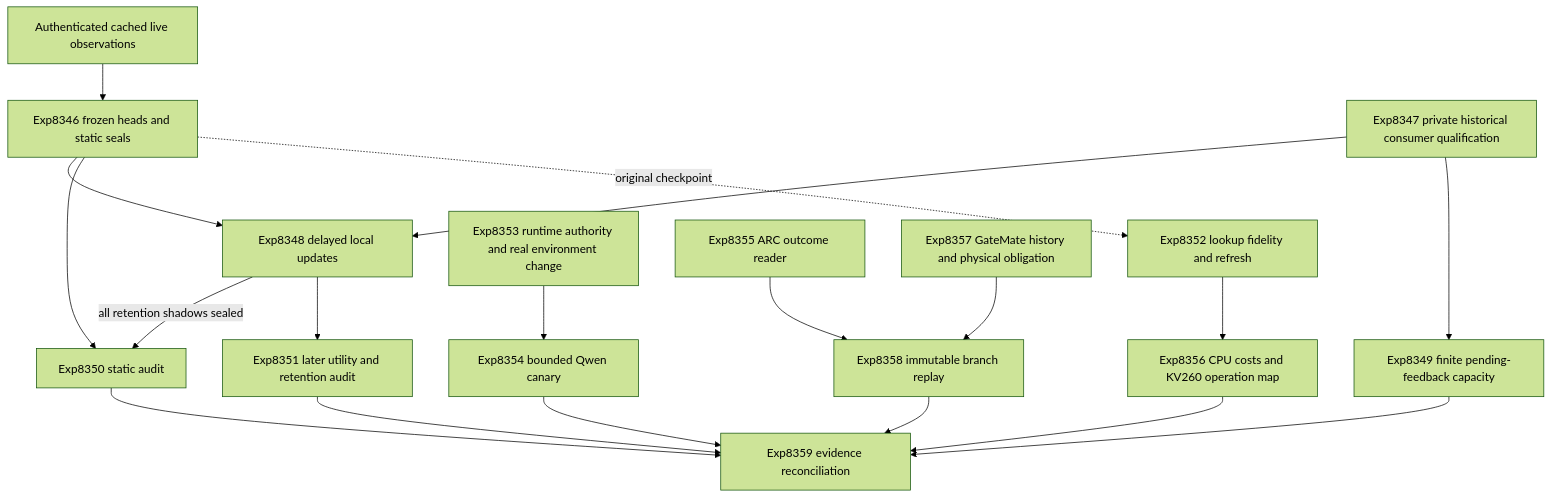
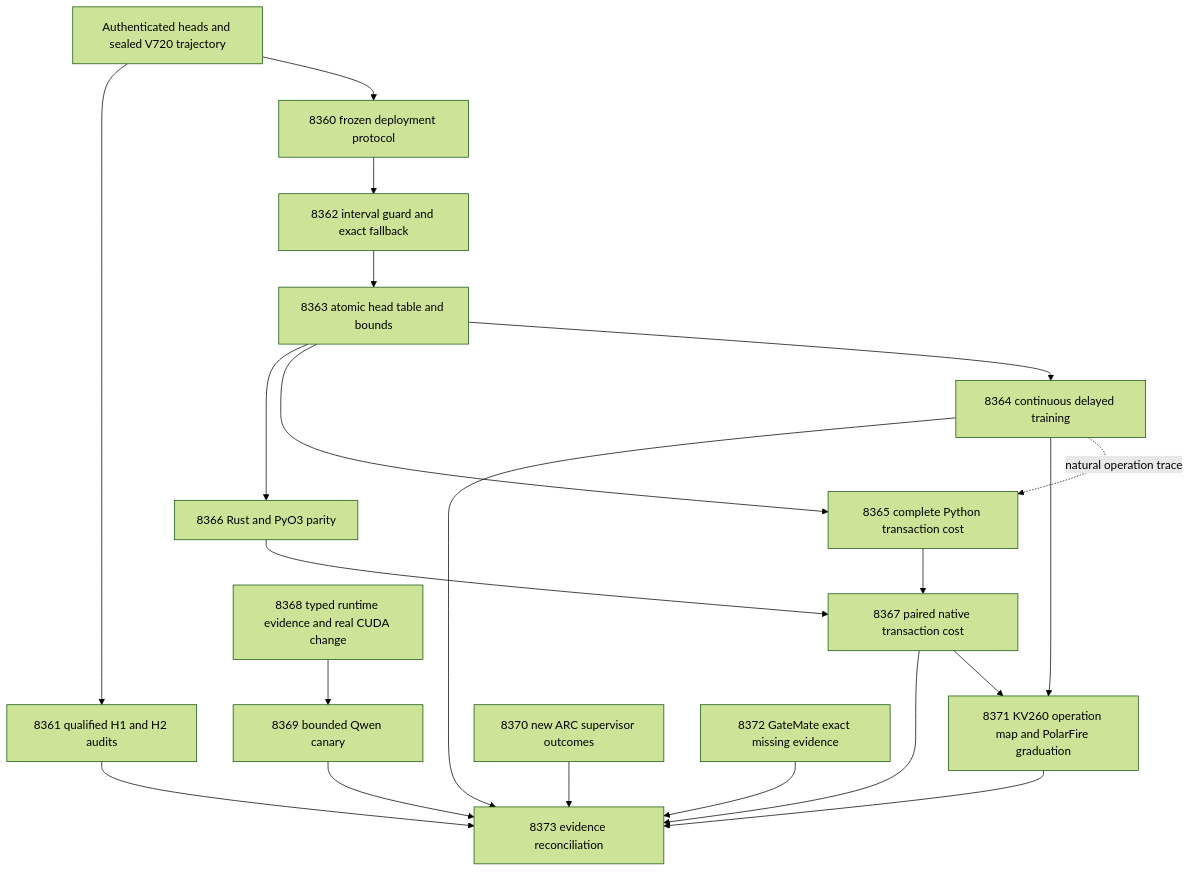
Before and after one commit to Carnot-EBM/carnot-ebm: the diagram in openspec/change-proposals/research-roadmap-vNEXT.md, drawn with Mermaid (forest theme). The commit also changed other lines of this file and 15 other files, not shown here.

````diff
--- a/openspec/change-proposals/research-roadmap-vNEXT.md
+++ b/openspec/change-proposals/research-roadmap-vNEXT.md
@@ -78,21 +91,23 @@
 ```mermaid
 flowchart TD
-  A[Authenticated cached live observations] --> B[Exp8346 frozen heads and static seals]
-  C[Exp8347 private historical consumer qualification] --> D[Exp8348 delayed local updates]
-  B --> D
-  C --> E[Exp8349 finite pending-feedback capacity]
-  B --> F[Exp8350 static audit]
-  D -->|all retention shadows sealed| F
-  D --> G[Exp8351 later utility and retention audit]
-  B -. original checkpoint .-> H[Exp8352 lookup fidelity and refresh]
-  I[Exp8353 runtime authority and real environment change] --> J[Exp8354 bounded Qwen canary]
-  H --> K[Exp8356 CPU costs and KV260 operation map]
-  L[Exp8355 ARC outcome reader] --> N[Exp8358 immutable branch replay]
-  M[Exp8357 GateMate history and physical obligation] --> N
-  F --> O[Exp8359 evidence reconciliation]
-  G --> O
-  E --> O
+  A[Authenticated heads and sealed V720 trajectory] --> B[8360 frozen deployment protocol]
+  A --> C[8361 qualified H1 and H2 audits]
+  B --> D[8362 interval guard and exact fallback]
+  D --> E[8363 atomic head table and bounds]
+  E --> F[8364 continuous delayed training]
+  E --> G[8365 complete Python transaction cost]
+  E --> H[8366 Rust and PyO3 parity]
+  G --> I[8367 paired native transaction cost]
+  H --> I
+  J[8368 typed runtime evidence and real CUDA change] --> K[8369 bounded Qwen canary]
+  F -. natural operation trace .-> G
+  F --> L[8371 KV260 operation map and PolarFire graduation]
+  I --> L
+  M[8370 new ARC supervisor outcomes] --> O[8373 evidence reconciliation]
+  N[8372 GateMate exact missing evidence] --> O
+  C --> O
+  F --> O
+  I --> O
   K --> O
-  J --> O
-  N --> O
+  L --> O
 ```
````
